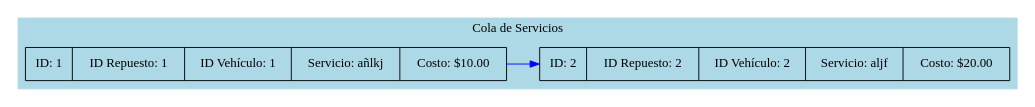
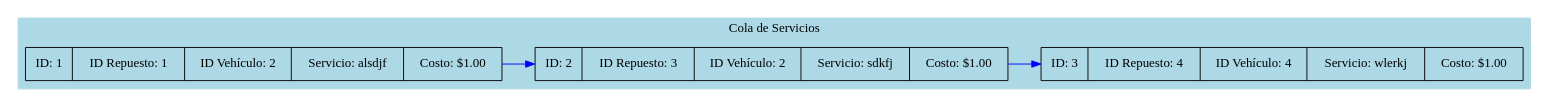
The diagram in AutoGestPro/Reports/colaServicios.dot (eric-rojas/-EDD-1S2025_202200331), drawn with Graphviz before and after one commit. The commit also changed 19 other files, not shown here.

```diff
--- a/AutoGestPro/Reports/colaServicios.dot
+++ b/AutoGestPro/Reports/colaServicios.dot
@@ -1,12 +1,14 @@
 digraph G {
     rankdir=LR;
     node [shape=record];
     subgraph cluster_0 {
         label = "Cola de Servicios";
         style=filled;
         color=lightblue;
-        node1 [label="{{ID: 1}|{ID Repuesto: 1}|{ID Vehículo: 1}|{Servicio: añlkj}|{Costo: $10.00}}"];
-        node2 [label="{{ID: 2}|{ID Repuesto: 2}|{ID Vehículo: 2}|{Servicio: aljf}|{Costo: $20.00}}"];
+        node1 [label="{{ID: 1}|{ID Repuesto: 1}|{ID Vehículo: 2}|{Servicio: alsdjf}|{Costo: $1.00}}"];
+        node2 [label="{{ID: 2}|{ID Repuesto: 3}|{ID Vehículo: 2}|{Servicio: sdkfj}|{Costo: $1.00}}"];
+        node3 [label="{{ID: 3}|{ID Repuesto: 4}|{ID Vehículo: 4}|{Servicio: wlerkj}|{Costo: $1.00}}"];
         node1 -> node2 [color=blue, constraint=true];
+        node2 -> node3 [color=blue, constraint=true];
     }
 }
```
